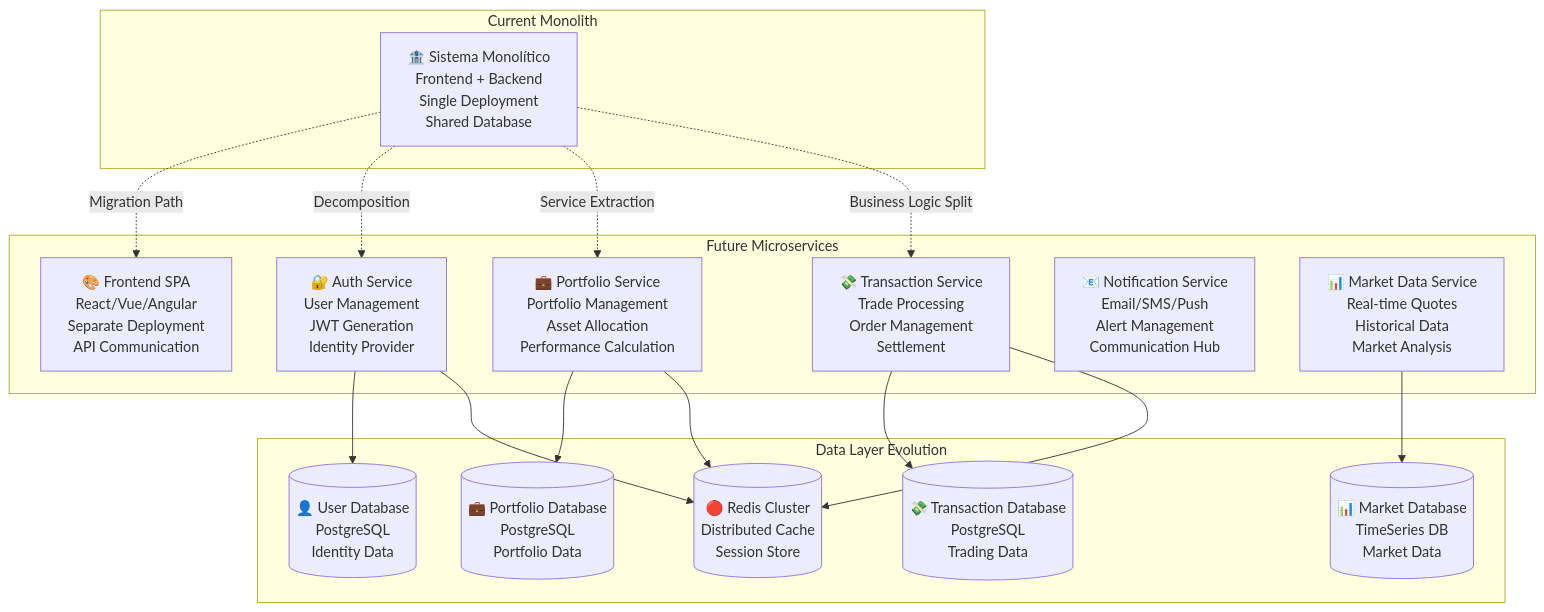
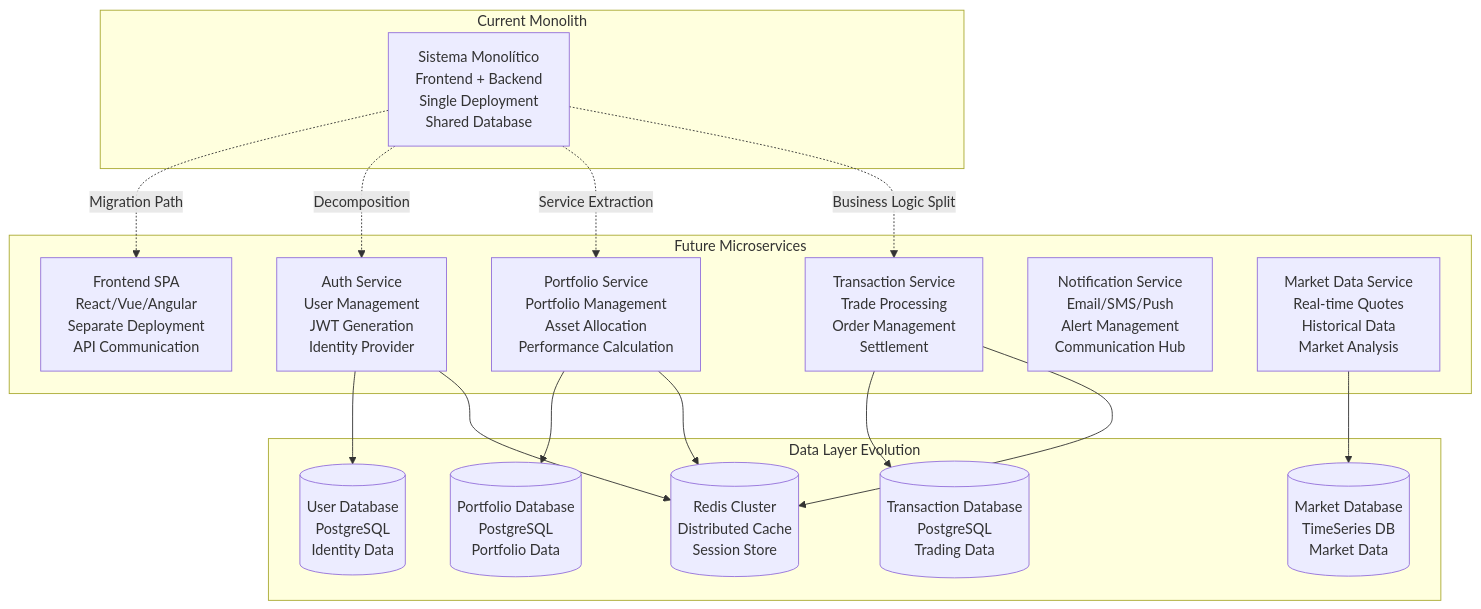
One commit to FIAP/DCLT-arquiteturas changed diagram 12 of 12 in sistema-investimentos/docs/c4-arquitetura-completa.md. Above: the diagram before and after it, drawn with Mermaid. The commit also changed other lines of this file and 1489 other files, not shown here.

````diff
--- a/sistema-investimentos/docs/c4-arquitetura-completa.md
+++ b/sistema-investimentos/docs/c4-arquitetura-completa.md
@@ -650,42 +650,42 @@
 ```mermaid
 graph TB
     subgraph "Current Monolith"
-        CURRENT[🏦 Sistema Monolítico<br/>Frontend + Backend<br/>Single Deployment<br/>Shared Database]
+        CURRENT[Sistema Monolítico<br/>Frontend + Backend<br/>Single Deployment<br/>Shared Database]
     end
     
     subgraph "Future Microservices"
-        FRONTEND_SPA[🎨 Frontend SPA<br/>React/Vue/Angular<br/>Separate Deployment<br/>API Communication]
+        FRONTEND_SPA[Frontend SPA<br/>React/Vue/Angular<br/>Separate Deployment<br/>API Communication]
         
-        AUTH_SERVICE[🔐 Auth Service<br/>User Management<br/>JWT Generation<br/>Identity Provider]
+        AUTH_SERVICE[Auth Service<br/>User Management<br/>JWT Generation<br/>Identity Provider]
         
-        PORTFOLIO_SERVICE[💼 Portfolio Service<br/>Portfolio Management<br/>Asset Allocation<br/>Performance Calculation]
+        PORTFOLIO_SERVICE[Portfolio Service<br/>Portfolio Management<br/>Asset Allocation<br/>Performance Calculation]
         
-        TRANSACTION_SERVICE[💸 Transaction Service<br/>Trade Processing<br/>Order Management<br/>Settlement]
+        TRANSACTION_SERVICE[Transaction Service<br/>Trade Processing<br/>Order Management<br/>Settlement]
         
-        NOTIFICATION_SERVICE[📧 Notification Service<br/>Email/SMS/Push<br/>Alert Management<br/>Communication Hub]
+        NOTIFICATION_SERVICE[Notification Service<br/>Email/SMS/Push<br/>Alert Management<br/>Communication Hub]
         
-        MARKET_SERVICE[📊 Market Data Service<br/>Real-time Quotes<br/>Historical Data<br/>Market Analysis]
+        MARKET_SERVICE[Market Data Service<br/>Real-time Quotes<br/>Historical Data<br/>Market Analysis]
     end
     
     subgraph "Data Layer Evolution"
-        USER_DB[(👤 User Database<br/>PostgreSQL<br/>Identity Data)]
-        PORTFOLIO_DB[(💼 Portfolio Database<br/>PostgreSQL<br/>Portfolio Data)]
-        TRANSACTION_DB[(💸 Transaction Database<br/>PostgreSQL<br/>Trading Data)]
-        MARKET_DB[(📊 Market Database<br/>TimeSeries DB<br/>Market Data)]
-        CACHE_LAYER[(🔴 Redis Cluster<br/>Distributed Cache<br/>Session Store)]
+        USER_DB[(User Database<br/>PostgreSQL<br/>Identity Data)]
+        PORTFOLIO_DB[(Portfolio Database<br/>PostgreSQL<br/>Portfolio Data)]
+        TRANSACTION_DB[(Transaction Database<br/>PostgreSQL<br/>Trading Data)]
+        MARKET_DB[(Market Database<br/>TimeSeries DB<br/>Market Data)]
+        CACHE_LAYER[(Redis Cluster<br/>Distributed Cache<br/>Session Store)]
     end
     
     CURRENT -.->|"Migration Path"| FRONTEND_SPA
     CURRENT -.->|"Decomposition"| AUTH_SERVICE
     CURRENT -.->|"Service Extraction"| PORTFOLIO_SERVICE
     CURRENT -.->|"Business Logic Split"| TRANSACTION_SERVICE
     
     AUTH_SERVICE --> USER_DB
     PORTFOLIO_SERVICE --> PORTFOLIO_DB
     TRANSACTION_SERVICE --> TRANSACTION_DB
     MARKET_SERVICE --> MARKET_DB
     
     AUTH_SERVICE --> CACHE_LAYER
     PORTFOLIO_SERVICE --> CACHE_LAYER
     TRANSACTION_SERVICE --> CACHE_LAYER
 ```
````
